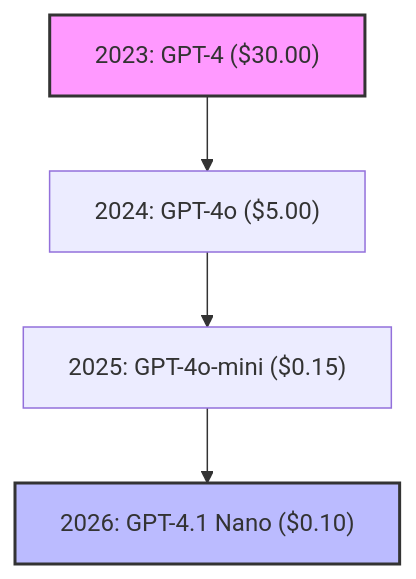
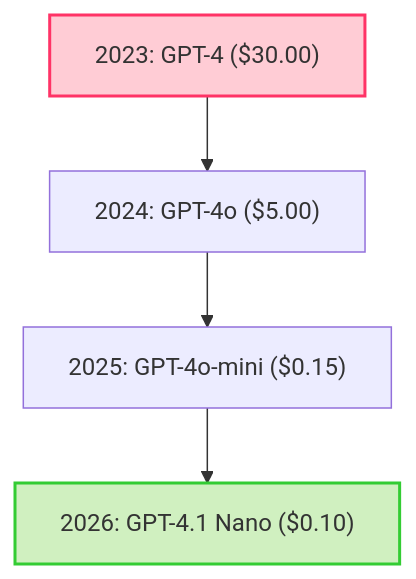
The diagram in _posts/2026-05-25-the-ai-price-war-racing-to-zero.md (the-rogue-marketing/the-rogue-marketing.github.io), drawn with Mermaid before and after one commit. The commit also changed other lines of this file and 13 other files, not shown here.

Commit message:
SEO: Execute growth roadmap — integrate Article structured JSON-LD schemas, noindex duplicate/thin posts, expand 6 core guides to 2000+ words of deep technical analysis

````diff
--- a/_posts/2026-05-25-the-ai-price-war-racing-to-zero.md
+++ b/_posts/2026-05-25-the-ai-price-war-racing-to-zero.md
@@ -36,8 +46,8 @@
 ```mermaid
 graph TD
     2023["2023: GPT-4 ($30.00)"] --> 2024["2024: GPT-4o ($5.00)"]
     2024 --> 2025["2025: GPT-4o-mini ($0.15)"]
     2025 --> 2026["2026: GPT-4.1 Nano ($0.10)"]
-    style 2023 fill:#f9f,stroke:#333,stroke-width:2px
-    style 2026 fill:#bbf,stroke:#333,stroke-width:2px
+    style 2023 fill:#ffccd5,stroke:#ff3366,stroke-width:2px
+    style 2026 fill:#d0f0c0,stroke:#33cc33,stroke-width:2px
 ```
````
